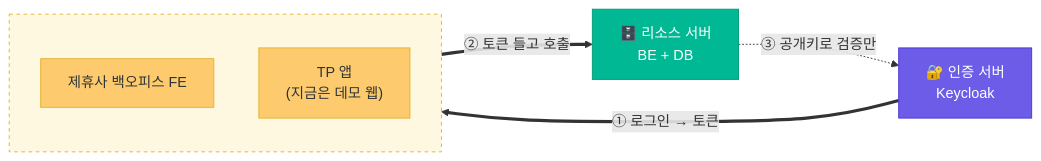
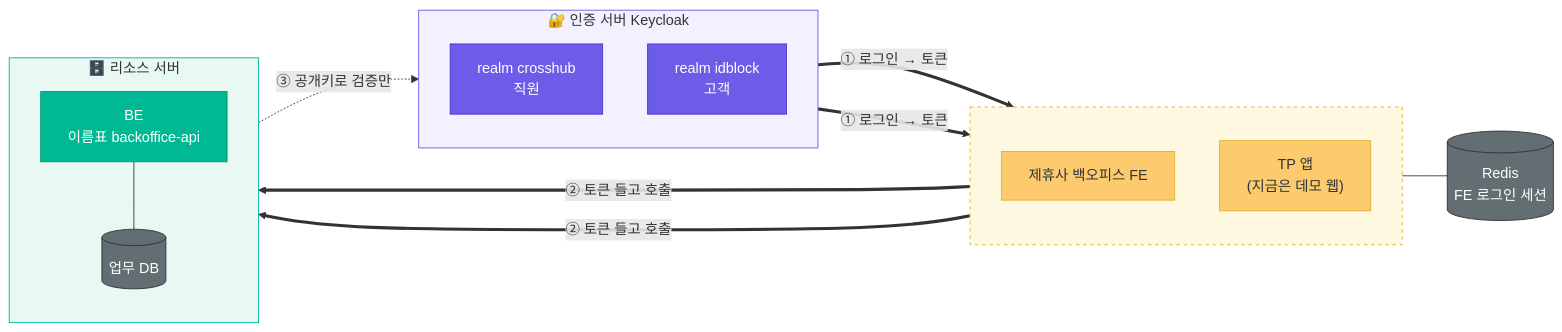
One commit to crosshub-poc-backoffice/travelpass-backoffice-BE changed the first of 3 diagrams in docs/architecture-overview.md. Above: the diagram before and after it, drawn with Mermaid.

Commit message:
docs: 지금 구조 그림에 realm·Redis·DB 표시

````diff
--- a/docs/architecture-overview.md
+++ b/docs/architecture-overview.md
@@ -9,22 +9,39 @@
 ```mermaid
 flowchart LR
-  KC["🔐 인증 서버<br/>Keycloak"]
+  subgraph KC["🔐 인증 서버 Keycloak"]
+    direction TB
+    R1["realm crosshub<br/>직원"]
+    R2["realm idblock<br/>고객"]
+  end
   subgraph C[" "]
     direction TB
     FE["제휴사 백오피스 FE"]
     APP["TP 앱<br/>(지금은 데모 웹)"]
   end
-  BE["🗄️ 리소스 서버<br/>BE + DB"]
+  REDIS[("Redis<br/>FE 로그인 세션")]
+  subgraph RS["🗄️ 리소스 서버"]
+    direction TB
+    BE["BE<br/>이름표 backoffice-api"]
+    DB[("업무 DB")]
+  end
 
-  KC == "① 로그인 → 토큰" ==> C
-  C == "② 토큰 들고 호출" ==> BE
+  R1 == "① 로그인 → 토큰" ==> FE
+  R2 == "① 로그인 → 토큰" ==> APP
+  FE == "② 토큰 들고 호출" ==> BE
+  APP == "② 토큰 들고 호출" ==> BE
+  FE --- REDIS
+  BE --- DB
   BE -. "③ 공개키로 검증만" .-> KC
 
   classDef auth fill:#6C5CE7,stroke:#4834d4,color:#fff
   classDef app fill:#FDCB6E,stroke:#e1b12c,color:#2d3436
   classDef rs fill:#00B894,stroke:#019875,color:#fff
-  class KC auth
+  classDef db fill:#636e72,stroke:#2d3436,color:#fff
+  class R1,R2 auth
   class FE,APP app
   class BE rs
+  class DB,REDIS db
   style C fill:#fff8e1,stroke:#e1b12c,stroke-dasharray:4
+  style KC fill:#f3f0ff,stroke:#6C5CE7
+  style RS fill:#e8f8f3,stroke:#00B894
 ```
````
